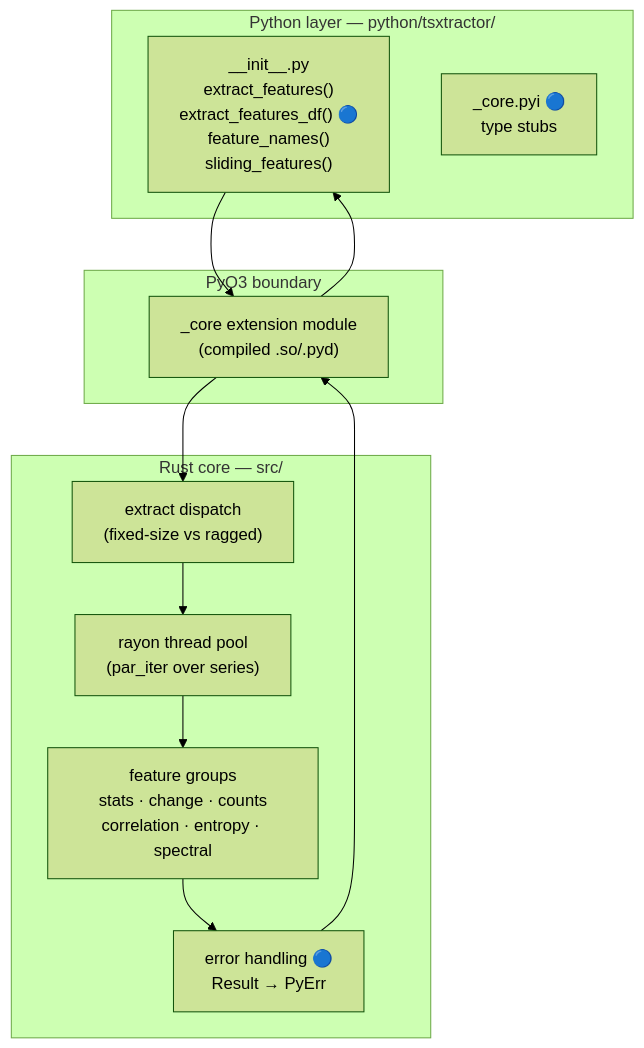
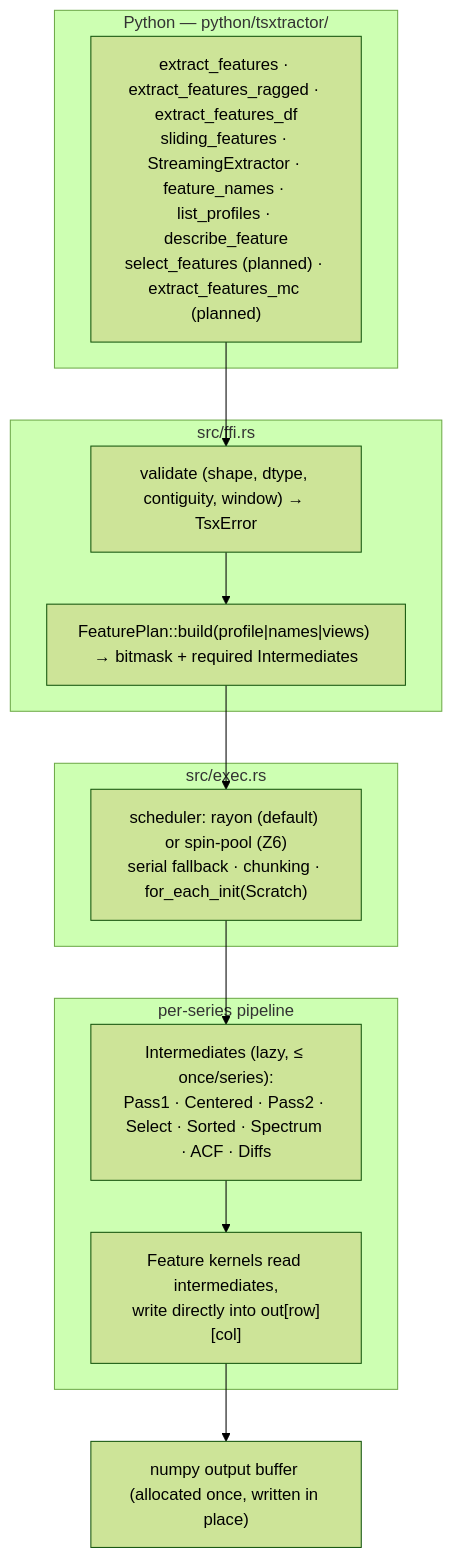
The diagram in arch.md (Aamodx6/Kymora), drawn with Mermaid (forest theme) before and after one commit. The commit also changed other lines of this file and 9 other files, not shown here.

````diff
--- a/arch.md
+++ b/arch.md
@@ -12,26 +100,19 @@
 ```mermaid
 flowchart TB
-    subgraph Python["Python layer — python/tsxtractor/"]
-        API["__init__.py\nextract_features()\nextract_features_df() 🔵\nfeature_names()\nsliding_features()"]
-        STUBS["_core.pyi 🔵\ntype stubs"]
+    subgraph PY["Python — python/tsxtractor/"]
+        API["extract_features · extract_features_ragged · extract_features_df\nsliding_features · StreamingExtractor · feature_names · list_profiles · describe_feature\nselect_features (planned) · extract_features_mc (planned)"]
     end
-
-    subgraph FFI["PyO3 boundary"]
-        BIND["_core extension module\n(compiled .so/.pyd)"]
+    subgraph FFI["src/ffi.rs"]
+        VAL["validate (shape, dtype, contiguity, window) → TsxError"]
+        PLAN["FeaturePlan::build(profile|names|views) → bitmask + required Intermediates"]
     end
-
-    subgraph Rust["Rust core — src/"]
-        DISPATCH["extract dispatch\n(fixed-size vs ragged)"]
-        POOL["rayon thread pool\n(par_iter over series)"]
-        FEAT["feature groups\nstats · change · counts\ncorrelation · entropy · spectral"]
-        ERR["error handling 🔵\nResult<T, TsxError> → PyErr"]
+    subgraph EXEC["src/exec.rs"]
+        POOL["scheduler: rayon (default) or spin-pool (Z6)\nserial fallback · chunking · for_each_init(Scratch)"]
     end
-
-    API --> BIND
-    BIND --> DISPATCH
-    DISPATCH --> POOL
-    POOL --> FEAT
-    FEAT --> ERR
-    ERR --> BIND
-    BIND --> API
+    subgraph PIPE["per-series pipeline"]
+        INTER["Intermediates (lazy, ≤ once/series):\nPass1 · Centered · Pass2 · Select · Sorted · Spectrum · ACF · Diffs"]
+        KERN["Feature kernels read intermediates,\nwrite directly into out[row][col]"]
+    end
+    API --> VAL --> PLAN --> POOL --> INTER --> KERN
+    KERN --> OUT["numpy output buffer (allocated once, written in place)"]
 ```
````
